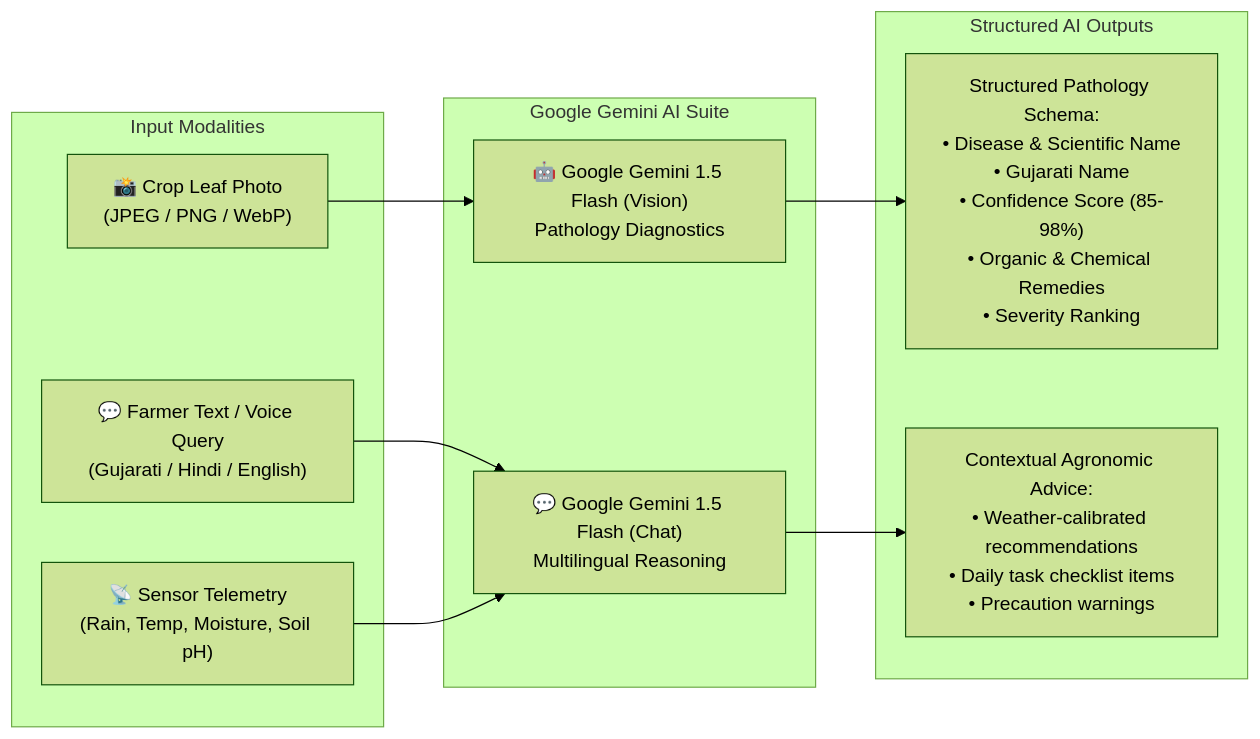
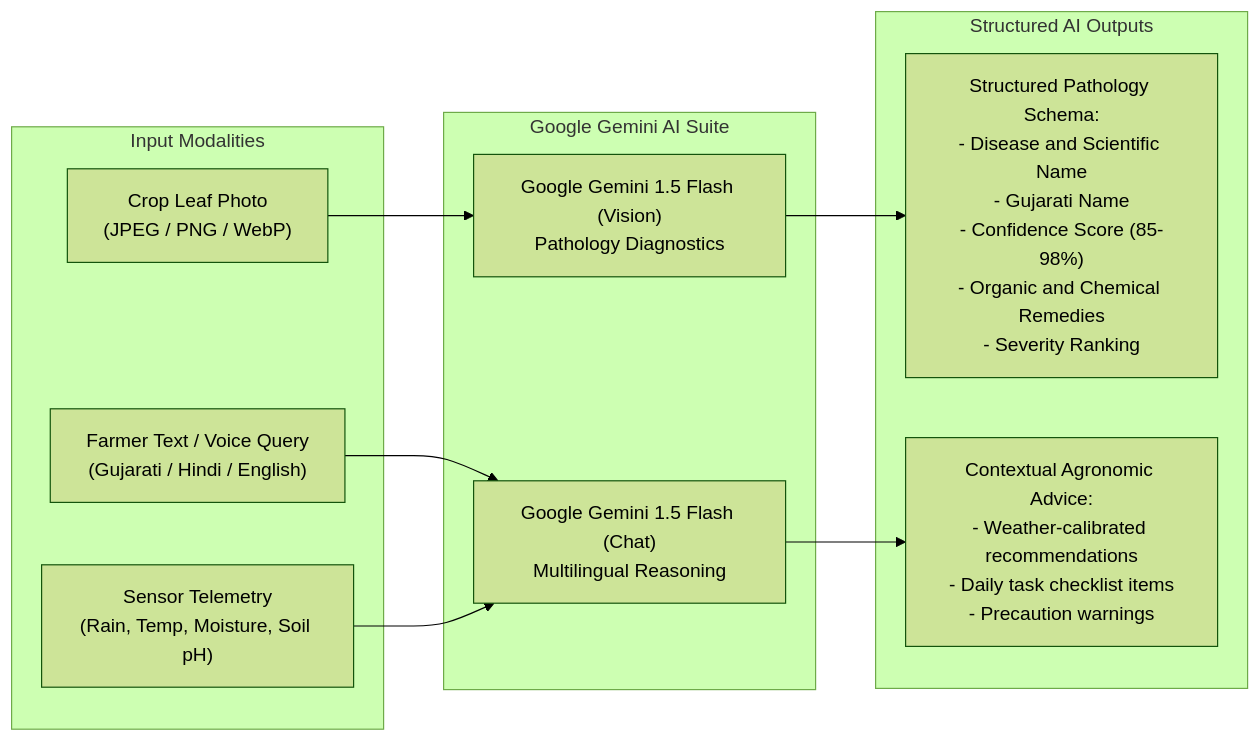
Before and after one commit to Xcoder-69/HACKFORGE: the second of 6 diagrams in APP_STRUCTURE.md, drawn with Mermaid (forest theme). The commit also changed other lines of this file and 3 other files, not shown here.

````diff
--- a/APP_STRUCTURE.md
+++ b/APP_STRUCTURE.md
@@ -91,21 +91,21 @@
 ```mermaid
 flowchart LR
     subgraph Inputs ["Input Modalities"]
-        IMG["📸 Crop Leaf Photo\n(JPEG / PNG / WebP)"]
-        TXT["💬 Farmer Text / Voice Query\n(Gujarati / Hindi / English)"]
-        ENV["📡 Sensor Telemetry\n(Rain, Temp, Moisture, Soil pH)"]
+        IMG["Crop Leaf Photo\n(JPEG / PNG / WebP)"]
+        TXT["Farmer Text / Voice Query\n(Gujarati / Hindi / English)"]
+        ENV["Sensor Telemetry\n(Rain, Temp, Moisture, Soil pH)"]
     end
 
     subgraph Models ["Google Gemini AI Suite"]
-        V["🤖 Google Gemini 1.5 Flash (Vision)\nPathology Diagnostics"]
-        F["💬 Google Gemini 1.5 Flash (Chat)\nMultilingual Reasoning"]
+        V["Google Gemini 1.5 Flash (Vision)\nPathology Diagnostics"]
+        F["Google Gemini 1.5 Flash (Chat)\nMultilingual Reasoning"]
     end
 
     subgraph Outputs ["Structured AI Outputs"]
-        JSON1["Structured Pathology Schema:\n• Disease & Scientific Name\n• Gujarati Name\n• Confidence Score (85-98%)\n• Organic & Chemical Remedies\n• Severity Ranking"]
-        JSON2["Contextual Agronomic Advice:\n• Weather-calibrated recommendations\n• Daily task checklist items\n• Precaution warnings"]
+        JSON1["Structured Pathology Schema:\n- Disease and Scientific Name\n- Gujarati Name\n- Confidence Score (85-98%)\n- Organic and Chemical Remedies\n- Severity Ranking"]
+        JSON2["Contextual Agronomic Advice:\n- Weather-calibrated recommendations\n- Daily task checklist items\n- Precaution warnings"]
     end
 
     IMG --> V --> JSON1
     TXT & ENV --> F --> JSON2
 ```
````
